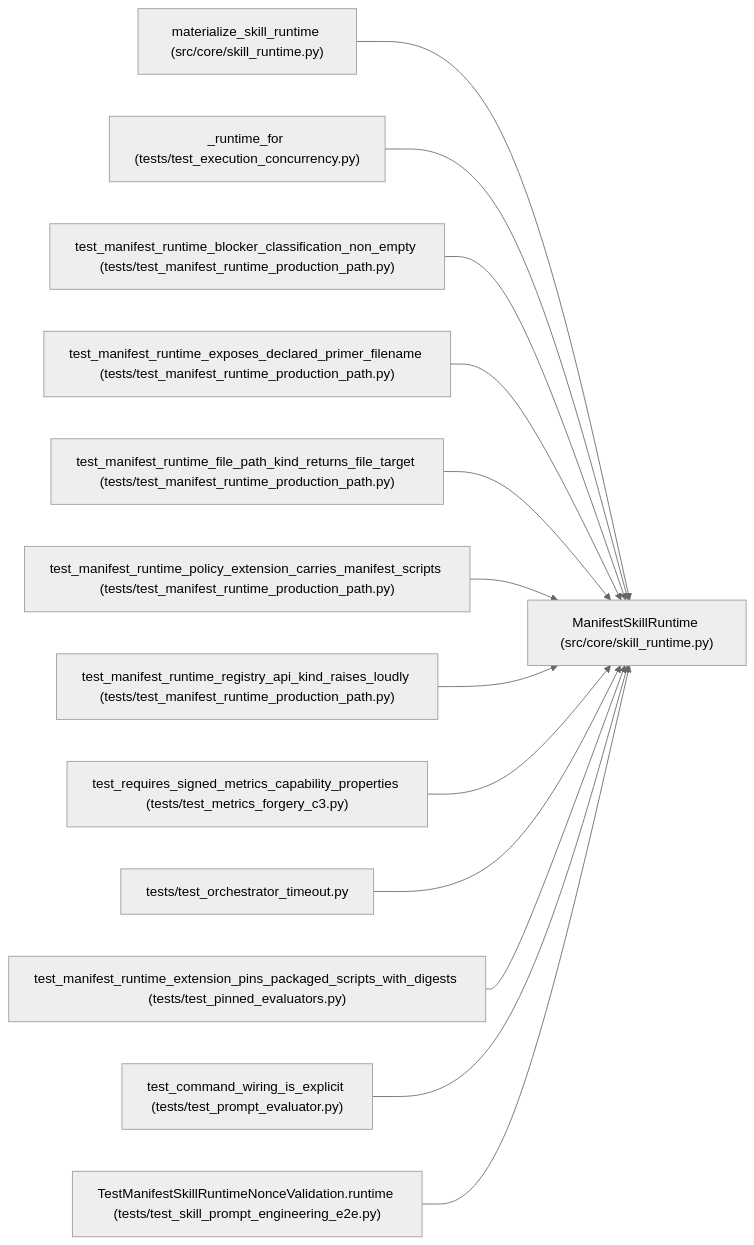
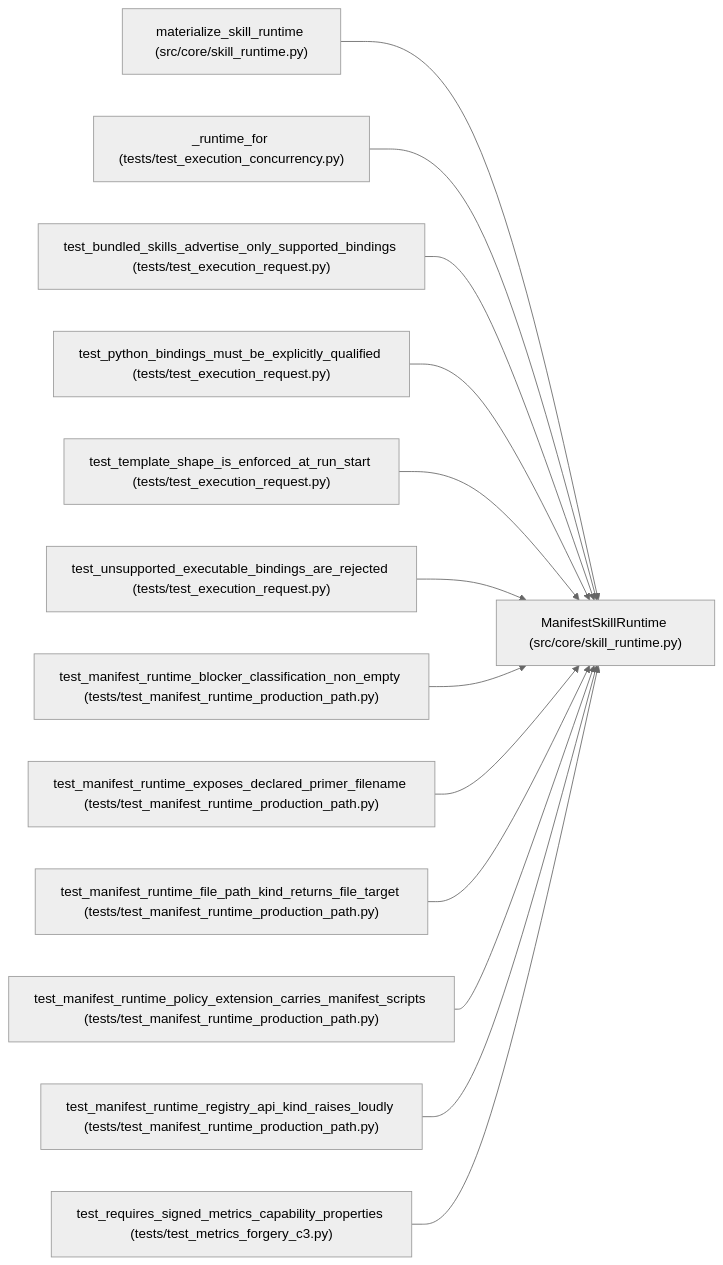
One commit to Denissvgn/autoresearch-agent changed the diagram in docs/llm_wiki/entities/ManifestSkillRuntime.md. Above: the diagram before and after it, drawn with Mermaid (neutral theme). The commit also changed other lines of this file and 41 other files, not shown here.

First line of the commit message:
docs(wiki): sync pages for the single execution request resolver

````diff
--- a/docs/llm_wiki/entities/ManifestSkillRuntime.md
+++ b/docs/llm_wiki/entities/ManifestSkillRuntime.md
@@ -61,41 +61,41 @@
 ```mermaid
 flowchart LR
     n0["ManifestSkillRuntime (src/core/skill_runtime.py)"]
     n1["materialize_skill_runtime (src/core/skill_runtime.py)"]
     n2["_runtime_for (tests/test_execution_concurrency.py)"]
-    n3["test_manifest_runtime_blocker_classification_non_empty (tests/test_manifest_runtime_production_path.py)"]
-    n4["test_manifest_runtime_exposes_declared_primer_filename (tests/test_manifest_runtime_production_path.py)"]
-    n5["test_manifest_runtime_file_path_kind_returns_file_target (tests/test_manifest_runtime_production_path.py)"]
-    n6["test_manifest_runtime_policy_extension_carries_manifest_scripts (tests/test_manifest_runtime_production_path.py)"]
-    n7["test_manifest_runtime_registry_api_kind_raises_loudly (tests/test_manifest_runtime_production_path.py)"]
-    n8["test_requires_signed_metrics_capability_properties (tests/test_metrics_forgery_c3.py)"]
-    n9["tests/test_orchestrator_timeout.py"]
-    n10["test_manifest_runtime_extension_pins_packaged_scripts_with_digests (tests/test_pinned_evaluators.py)"]
-    n11["test_command_wiring_is_explicit (tests/test_prompt_evaluator.py)"]
-    n12["TestManifestSkillRuntimeNonceValidation.runtime (tests/test_skill_prompt_engineering_e2e.py)"]
+    n3["test_bundled_skills_advertise_only_supported_bindings (tests/test_execution_request.py)"]
+    n4["test_python_bindings_must_be_explicitly_qualified (tests/test_execution_request.py)"]
+    n5["test_template_shape_is_enforced_at_run_start (tests/test_execution_request.py)"]
+    n6["test_unsupported_executable_bindings_are_rejected (tests/test_execution_request.py)"]
+    n7["test_manifest_runtime_blocker_classification_non_empty (tests/test_manifest_runtime_production_path.py)"]
+    n8["test_manifest_runtime_exposes_declared_primer_filename (tests/test_manifest_runtime_production_path.py)"]
+    n9["test_manifest_runtime_file_path_kind_returns_file_target (tests/test_manifest_runtime_production_path.py)"]
+    n10["test_manifest_runtime_policy_extension_carries_manifest_scripts (tests/test_manifest_runtime_production_path.py)"]
+    n11["test_manifest_runtime_registry_api_kind_raises_loudly (tests/test_manifest_runtime_production_path.py)"]
+    n12["test_requires_signed_metrics_capability_properties (tests/test_metrics_forgery_c3.py)"]
     n1 --> n0
     n2 --> n0
     n3 --> n0
     n4 --> n0
     n5 --> n0
     n6 --> n0
     n7 --> n0
     n8 --> n0
     n9 --> n0
     n10 --> n0
     n11 --> n0
     n12 --> n0
     click n0 "../modules/skill_runtime.md"
     click n1 "../modules/skill_runtime.md"
     click n2 "../modules/test_execution_concurrency.md"
-    click n3 "../modules/test_manifest_runtime_production_path.md"
-    click n4 "../modules/test_manifest_runtime_production_path.md"
-    click n5 "../modules/test_manifest_runtime_production_path.md"
-    click n6 "../modules/test_manifest_runtime_production_path.md"
+    click n3 "../modules/test_execution_request.md"
+    click n4 "../modules/test_execution_request.md"
+    click n5 "../modules/test_execution_request.md"
+    click n6 "../modules/test_execution_request.md"
     click n7 "../modules/test_manifest_runtime_production_path.md"
-    click n8 "../modules/test_metrics_forgery_c3.md"
-    click n9 "../modules/test_orchestrator_timeout.md"
-    click n10 "../modules/test_pinned_evaluators.md"
-    click n11 "../modules/test_prompt_evaluator.md"
-    click n12 "../modules/test_skill_prompt_engineering_e2e.md"
+    click n8 "../modules/test_manifest_runtime_production_path.md"
+    click n9 "../modules/test_manifest_runtime_production_path.md"
+    click n10 "../modules/test_manifest_runtime_production_path.md"
+    click n11 "../modules/test_manifest_runtime_production_path.md"
+    click n12 "../modules/test_metrics_forgery_c3.md"
 ```
````
